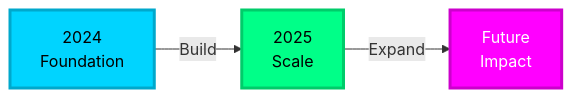
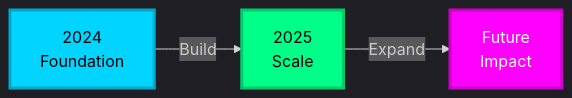
Before and after one commit to dojicreates/dojicreates: the second of 3 diagrams in README.md, drawn with Mermaid. The commit also changed other lines of this file, not shown here.

````diff
--- a/README.md
+++ b/README.md
@@ -334,9 +397,10 @@
 ```mermaid
+%%{init: {'theme':'dark', 'themeVariables': {'fontSize': '16px'}}}%%
 graph LR
-    A[2024<br/>Foundation] -->|Build| B[2025<br/>Scale]
-    B -->|Expand| C[Future<br/>Impact]
+    A["2024<br/>Foundation"] -->|Build| B["2025<br/>Scale"]
+    B -->|Expand| C["Future<br/>Impact"]
     
     style A fill:#00d4ff,stroke:#00a8cc,stroke-width:3px,color:#000
     style B fill:#00ff88,stroke:#00cc6a,stroke-width:3px,color:#000
     style C fill:#ff00ff,stroke:#cc00cc,stroke-width:3px,color:#fff
 ```
````
